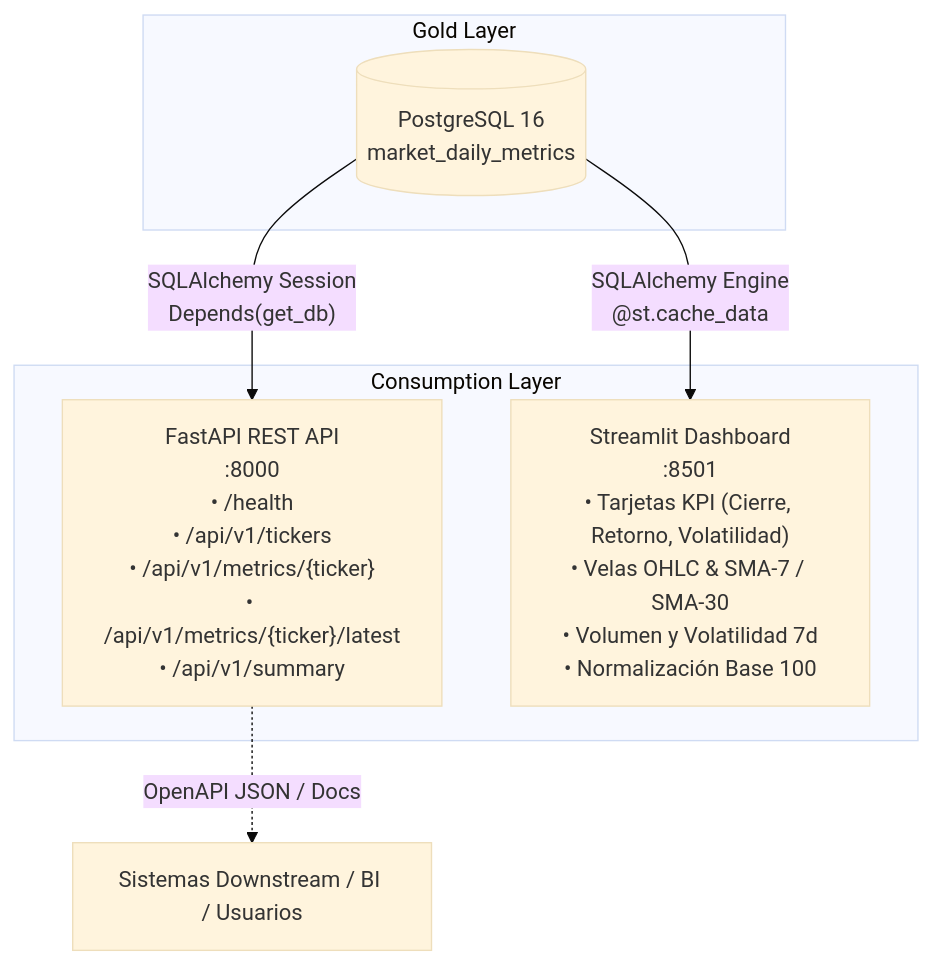
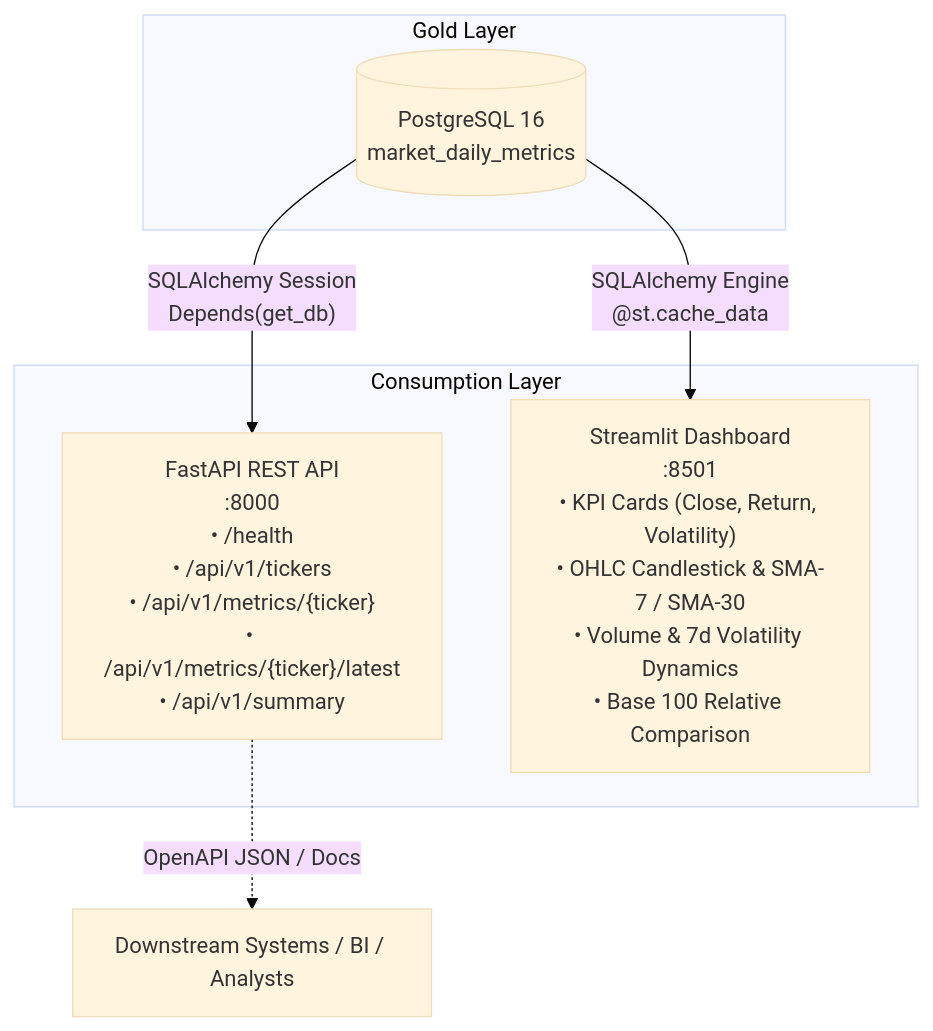
Before and after one commit to salgadosalgadoje/tech-market-data-pipeline: the second of 2 diagrams in README.md, drawn with Mermaid (base theme). The commit also changed other lines of this file, not shown here.

````diff
--- a/README.md
+++ b/README.md
@@ -336,15 +270,15 @@
 ```mermaid
 flowchart TD
     subgraph Gold Layer
         DB[("PostgreSQL 16<br/>market_daily_metrics")]
     end
 
     subgraph Consumption Layer
         API["FastAPI REST API<br/>:8000<br/>• /health<br/>• /api/v1/tickers<br/>• /api/v1/metrics/{ticker}<br/>• /api/v1/metrics/{ticker}/latest<br/>• /api/v1/summary"]
-        DASH["Streamlit Dashboard<br/>:8501<br/>• Tarjetas KPI (Cierre, Retorno, Volatilidad)<br/>• Velas OHLC & SMA-7 / SMA-30<br/>• Volumen y Volatilidad 7d<br/>• Normalización Base 100"]
+        DASH["Streamlit Dashboard<br/>:8501<br/>• KPI Cards (Close, Return, Volatility)<br/>• OHLC Candlestick & SMA-7 / SMA-30<br/>• Volume & 7d Volatility Dynamics<br/>• Base 100 Relative Comparison"]
     end
 
     DB -->|"SQLAlchemy Session<br/>Depends(get_db)"| API
     DB -->|"SQLAlchemy Engine<br/>@st.cache_data"| DASH
-    API -.->|"OpenAPI JSON / Docs"| CONSUMER["Sistemas Downstream / BI / Usuarios"]
+    API -.->|"OpenAPI JSON / Docs"| CONSUMER["Downstream Systems / BI / Analysts"]
 ```
````
